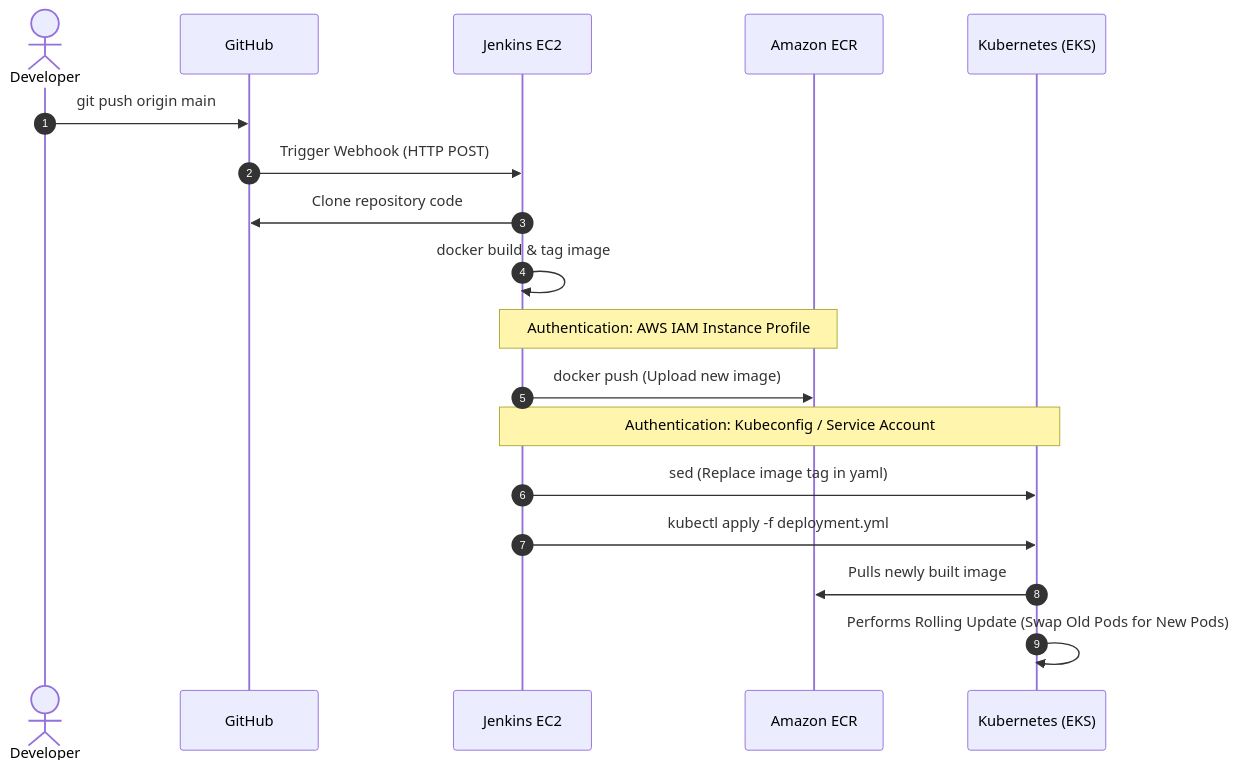
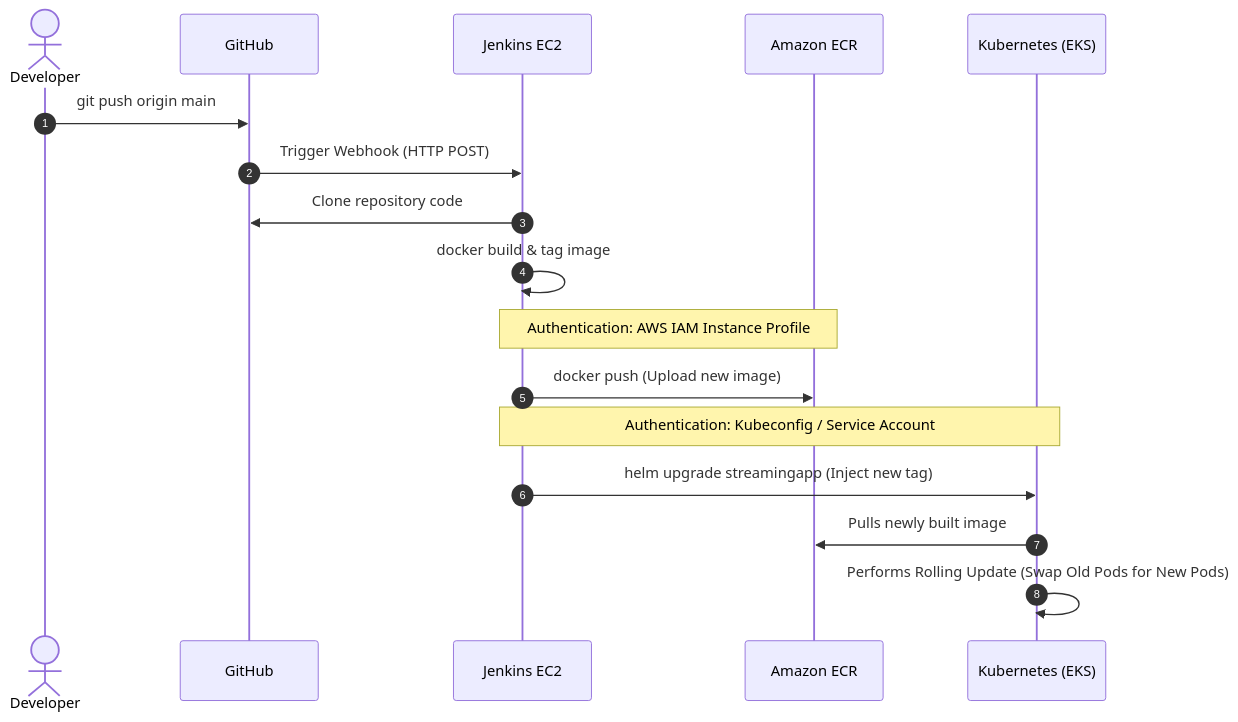
One commit to vikramhemchandar/StreamingApp changed the diagram in ci-cd-architecture.md. Above: the diagram before and after it, drawn with Mermaid. The commit also changed other lines of this file and 2 other files, not shown here.

Commit message:
WIP: updated Jenkins with Helm deployment and CI-CD-Architecture.md document

````diff
--- a/ci-cd-architecture.md
+++ b/ci-cd-architecture.md
@@ -13,24 +13,23 @@
 ```mermaid
 sequenceDiagram
     autonumber
     actor Dev as Developer
     participant Git as GitHub
     participant Jnk as Jenkins EC2
     participant ECR as Amazon ECR
     participant EKS as Kubernetes (EKS)
 
     Dev->>Git: git push origin main
     Git->>Jnk: Trigger Webhook (HTTP POST)
     Jnk->>Git: Clone repository code
     Jnk->>Jnk: docker build & tag image
     
     note over Jnk,ECR: Authentication: AWS IAM Instance Profile
     Jnk->>ECR: docker push (Upload new image)
     
     note over Jnk,EKS: Authentication: Kubeconfig / Service Account
-    Jnk->>EKS: sed (Replace image tag in yaml)
-    Jnk->>EKS: kubectl apply -f deployment.yml
+    Jnk->>EKS: helm upgrade streamingapp (Inject new tag)
     
     EKS->>ECR: Pulls newly built image
     EKS->>EKS: Performs Rolling Update (Swap Old Pods for New Pods)
 ```
````
